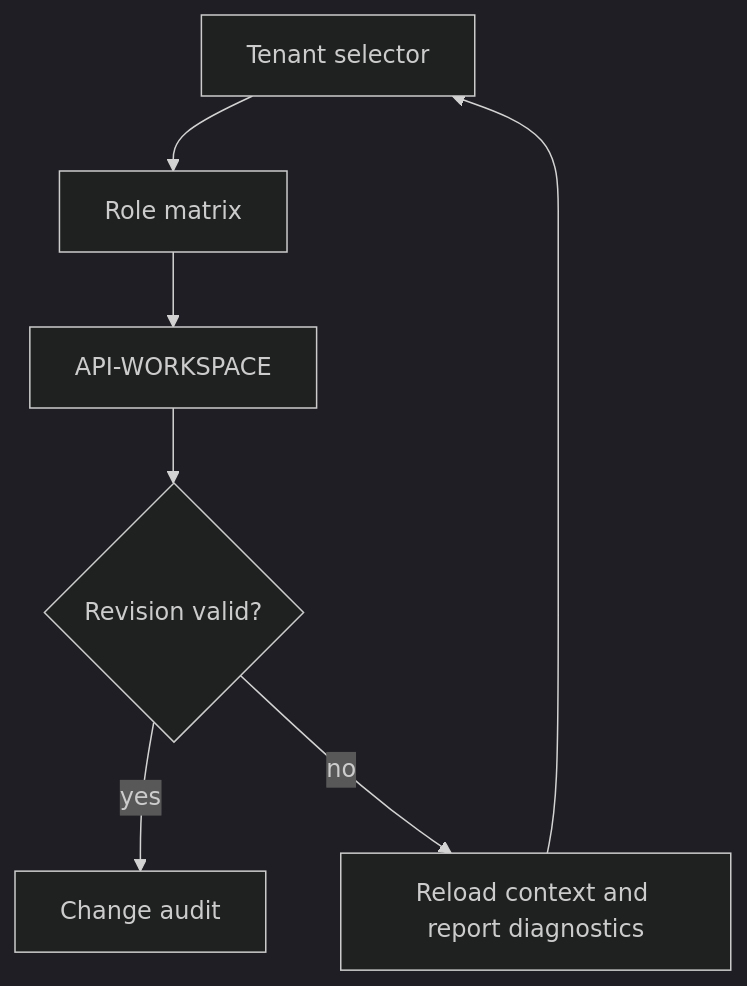
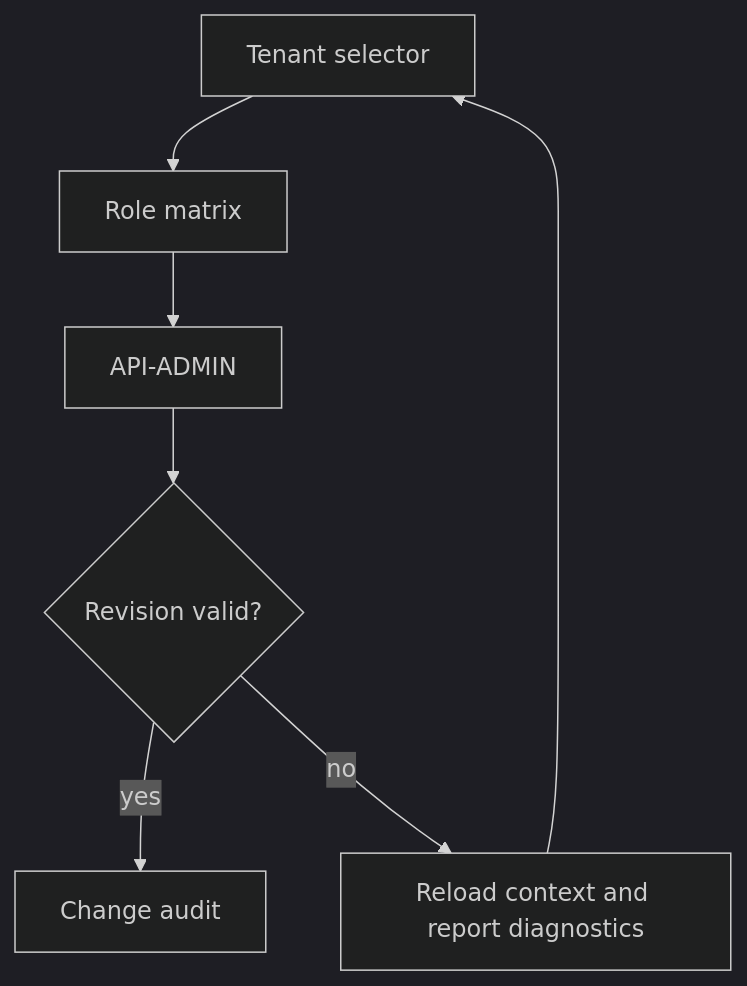
Before and after one commit to ameenalqershi/wow-decision-intelligence: the first of 2 diagrams in docs/design/studio/UI21.md, drawn with Mermaid (dark theme). The commit also changed other lines of this file and 15 other files, not shown here.

````diff
--- a/docs/design/studio/UI21.md
+++ b/docs/design/studio/UI21.md
@@ -21,9 +21,9 @@
 ```mermaid
 flowchart TD
   S["Tenant selector"] --> W["Role matrix"]
-  W --> A["API-WORKSPACE"]
+  W --> A["API-ADMIN"]
   A --> V{"Revision valid?"}
   V -->|yes| I["Change audit"]
   V -->|no| R["Reload context and report diagnostics"]
   R --> S
 ```
````
